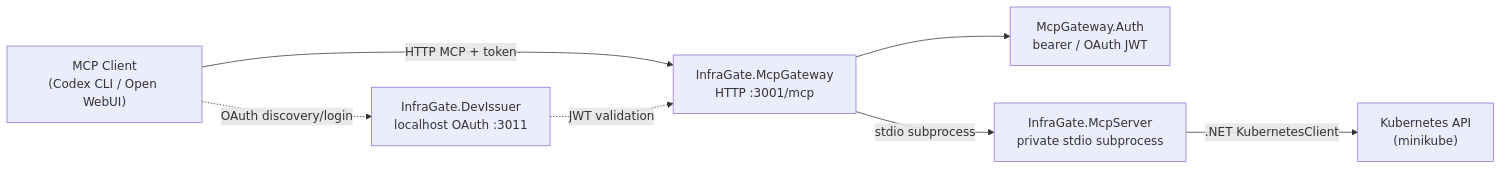
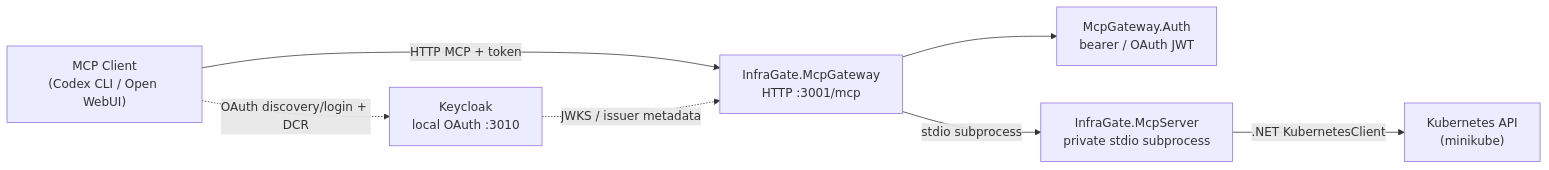
Before and after one commit to mirusser/Kubernetes-MCP-Guard: the diagram in docs/setup-guide.md, drawn with Mermaid. The commit also changed other lines of this file and 25 other files, not shown here.

Commit message:
Keycloak Parity, DCR, and DevIssuer Deprecation

````diff
--- a/docs/setup-guide.md
+++ b/docs/setup-guide.md
@@ -5,16 +5,16 @@
 ```mermaid
 graph LR
     Client["MCP Client<br/>(Codex CLI / Open WebUI)"]
     Gateway["InfraGate.McpGateway<br/>HTTP :3001/mcp"]
     Auth["McpGateway.Auth<br/>bearer / OAuth JWT"]
     Server["InfraGate.McpServer<br/>private stdio subprocess"]
-    DevIssuer["InfraGate.DevIssuer<br/>localhost OAuth :3011"]
+    Keycloak["Keycloak<br/>local OAuth :3010"]
     K8s["Kubernetes API<br/>(minikube)"]
 
     Client -- "HTTP MCP + token" --> Gateway
     Gateway --> Auth
     Gateway -- "stdio subprocess" --> Server
     Server -- ".NET KubernetesClient" --> K8s
-    Client -. "OAuth discovery/login" .-> DevIssuer
-    DevIssuer -. "JWT validation" .-> Gateway
+    Client -. "OAuth discovery/login + DCR" .-> Keycloak
+    Keycloak -. "JWKS / issuer metadata" .-> Gateway
 ```
````
